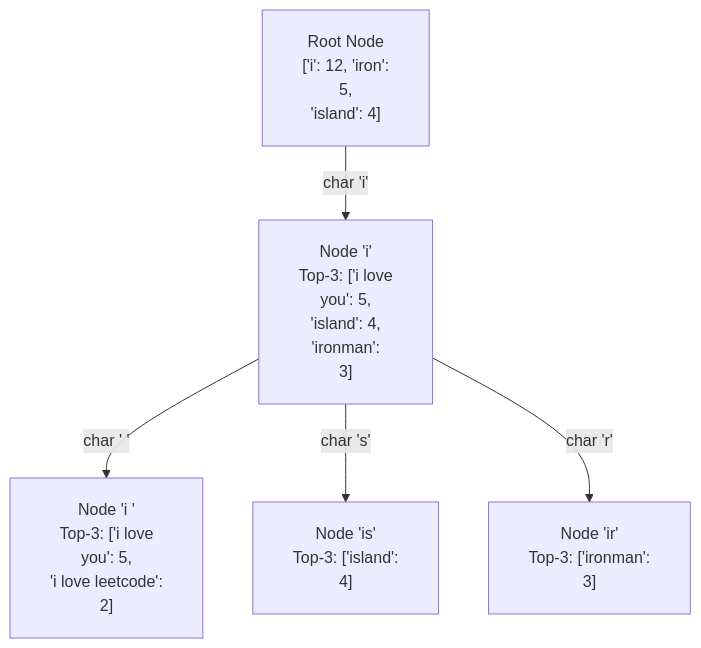
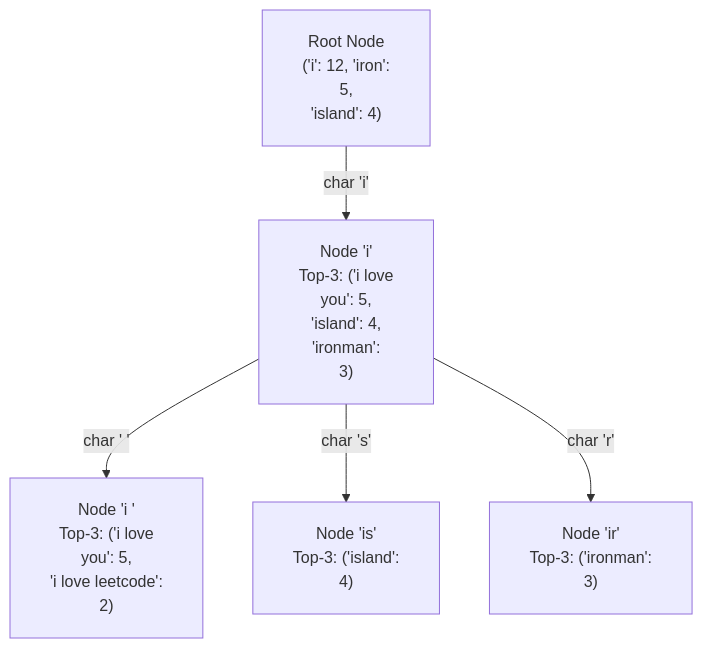
The second of 3 diagrams in LLD/03_Tier3_DSA_Screening/29_Search_Autocomplete_System.md (dip4k/DSA_102), drawn with Mermaid before and after one commit. The commit also changed 147 other files, not shown here.

First line of the commit message:
feat(curriculum): enrich Weeks 01-19 instructional modules & resolve repository-wide Mermaid cutoff

````diff
--- a/LLD/03_Tier3_DSA_Screening/29_Search_Autocomplete_System.md
+++ b/LLD/03_Tier3_DSA_Screening/29_Search_Autocomplete_System.md
@@ -38,9 +38,9 @@
 ```mermaid
 %%{init: {"flowchart": {"htmlLabels": true, "padding": 20}, "themeCSS": "foreignObject { overflow: visible !important; }"}}%%
 graph TD
-    Root["Root Node<br/>['i': 12, 'iron':<br/>5,<br/>'island': 4]"]
-    Root -->|"char 'i'"| NodeI["Node 'i'<br/>Top-3: ['i love<br/>you': 5,<br/>'island': 4,<br/>'ironman':<br/>3]"]
-    NodeI -->|"char ' '"| NodeISpace["Node 'i '<br/>Top-3: ['i love<br/>you': 5,<br/>'i love leetcode':<br/>2]"]
-    NodeI -->|"char 's'"| NodeIS["Node 'is'<br/>Top-3: ['island':<br/>4]"]
-    NodeI -->|"char 'r'"| NodeIR["Node 'ir'<br/>Top-3: ['ironman':<br/>3]"]
+    Root["Root Node<br/>('i': 12, 'iron':<br/>5,<br/>'island': 4)"]
+    Root -->|"char 'i'"| NodeI["Node 'i'<br/>Top-3: ('i love<br/>you': 5,<br/>'island': 4,<br/>'ironman':<br/>3)"]
+    NodeI -->|"char ' '"| NodeISpace["Node 'i '<br/>Top-3: ('i love<br/>you': 5,<br/>'i love leetcode':<br/>2)"]
+    NodeI -->|"char 's'"| NodeIS["Node 'is'<br/>Top-3: ('island':<br/>4)"]
+    NodeI -->|"char 'r'"| NodeIR["Node 'ir'<br/>Top-3: ('ironman':<br/>3)"]
 ```
````
